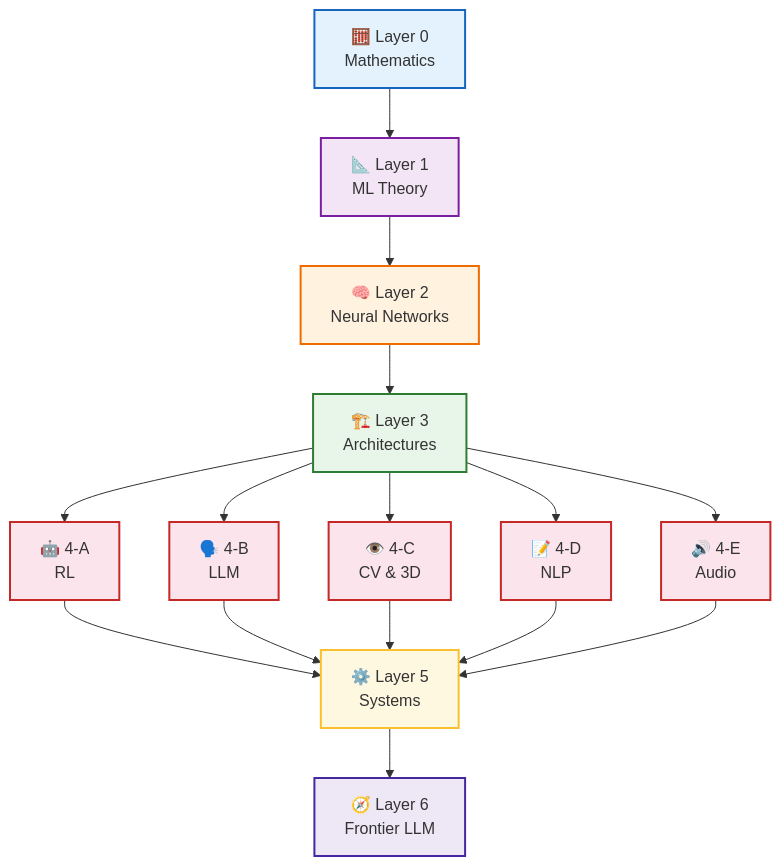
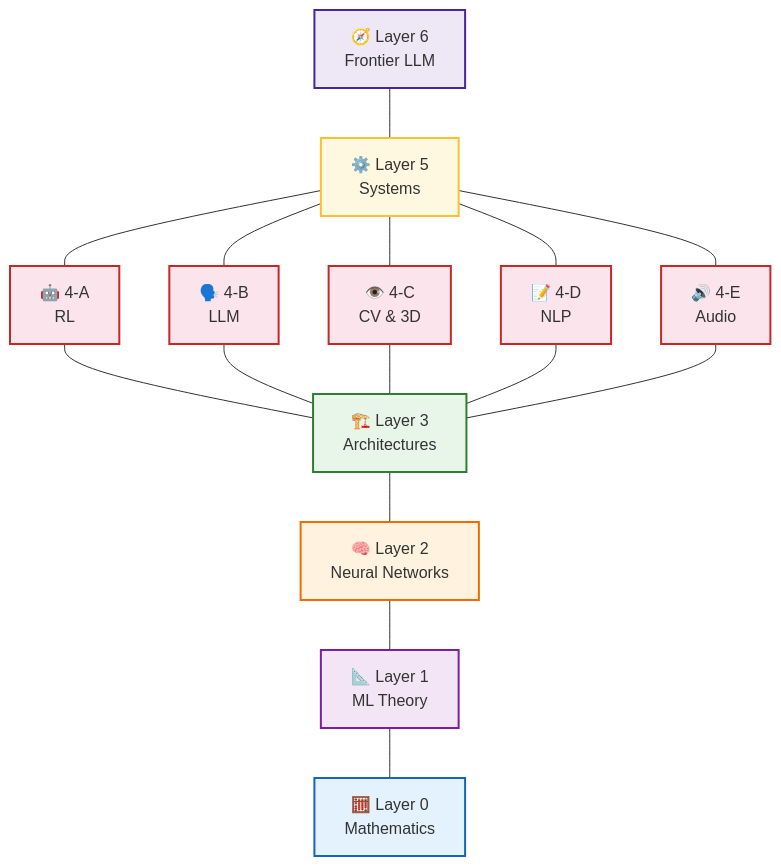
Before and after one commit to iq-ai-lab/.github: the first of 2 diagrams in profile/README.md, drawn with Mermaid. The commit also changed other lines of this file, not shown here.

````diff
--- a/profile/README.md
+++ b/profile/README.md
@@ -31,31 +55,31 @@
 ```mermaid
 graph TD
-    M0["🧮 Layer 0<br/>Mathematics"]
-    M1["📐 Layer 1<br/>ML Theory"]
-    M2["🧠 Layer 2<br/>Neural Networks"]
-    M3["🏗️ Layer 3<br/>Architectures"]
+    M6["🧭 Layer 6<br/>Frontier LLM"]
+    M5["⚙️ Layer 5<br/>Systems"]
     M4A["🤖 4-A<br/>RL"]
     M4B["🗣️ 4-B<br/>LLM"]
     M4C["👁️ 4-C<br/>CV & 3D"]
     M4D["📝 4-D<br/>NLP"]
     M4E["🔊 4-E<br/>Audio"]
-    M5["⚙️ Layer 5<br/>Systems"]
-    M6["🧭 Layer 6<br/>Frontier LLM"]
+    M3["🏗️ Layer 3<br/>Architectures"]
+    M2["🧠 Layer 2<br/>Neural Networks"]
+    M1["📐 Layer 1<br/>ML Theory"]
+    M0["🧮 Layer 0<br/>Mathematics"]
 
-    M0 --> M1 --> M2 --> M3
-    M3 --> M4A & M4B & M4C & M4D & M4E
-    M4A & M4B & M4C & M4D & M4E --> M5
-    M5 --> M6
+    M6 --- M5
+    M5 --- M4A & M4B & M4C & M4D & M4E
+    M4A & M4B & M4C & M4D & M4E --- M3
+    M3 --- M2 --- M1 --- M0
 
     style M0 fill:#e3f2fd,stroke:#1565c0,stroke-width:2px
     style M1 fill:#f3e5f5,stroke:#7b1fa2,stroke-width:2px
     style M2 fill:#fff3e0,stroke:#ef6c00,stroke-width:2px
     style M3 fill:#e8f5e9,stroke:#2e7d32,stroke-width:2px
     style M4A fill:#fce4ec,stroke:#c62828,stroke-width:2px
     style M4B fill:#fce4ec,stroke:#c62828,stroke-width:2px
     style M4C fill:#fce4ec,stroke:#c62828,stroke-width:2px
     style M4D fill:#fce4ec,stroke:#c62828,stroke-width:2px
     style M4E fill:#fce4ec,stroke:#c62828,stroke-width:2px
     style M5 fill:#fff8e1,stroke:#fbc02d,stroke-width:2px
     style M6 fill:#ede7f6,stroke:#4527a0,stroke-width:2px
 ```
````
